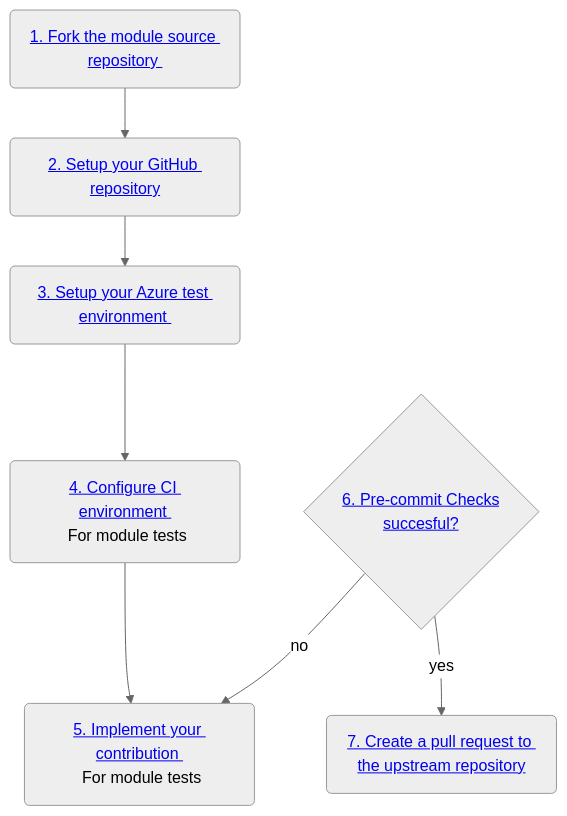
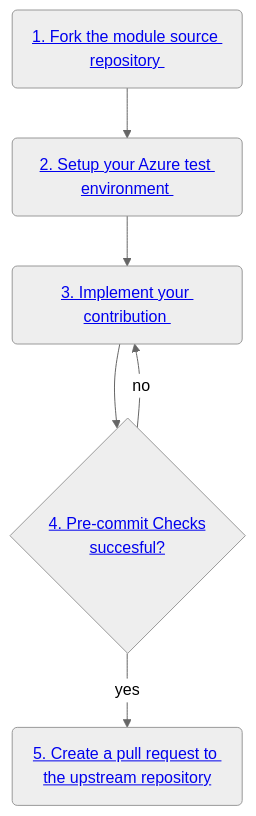
Before and after one commit to Azure/Azure-Verified-Modules: the first of 2 diagrams in docs/content/contributing/terraform/terraform-contribution-flow/_index.md, drawn with Mermaid (neutral theme). The commit also changed other lines of this file and 3 other files, not shown here.

```diff
--- a/docs/content/contributing/terraform/terraform-contribution-flow/_index.md
+++ b/docs/content/contributing/terraform/terraform-contribution-flow/_index.md
@@ -12,16 +12,13 @@
 {{< mermaid class="text-center" >}}
 flowchart TD
 A(<a href='/Azure-Verified-Modules/contributing/terraform/terraform-contribution-flow/#1-fork-the-module-source-repository'>1. Fork the module source repository </a>)
-B(<a href='/Azure-Verified-Modules/contributing/terraform/terraform-contribution-flow/#2-setup-your-github-repository'>2. Setup your GitHub repository</a>)
-C(<a href='/Azure-Verified-Modules/contributing/terraform/terraform-contribution-flow/#3-setup-your-azure-test-environment'>3. Setup your Azure test environment </a>)
-D(<a href='/Azure-Verified-Modules/contributing/terraform/terraform-contribution-flow/#4-configure-your-ci-environment'>4. Configure CI environment </a><br> For module tests)
-E(<a href='/Azure-Verified-Modules/contributing/terraform/terraform-contribution-flow/#5-implement-your-contribution'>5. Implement your contribution </a><br> For module tests)
-F{<a href='/Azure-Verified-Modules/contributing/terraform/terraform-contribution-flow/#6-run-pre-commit-checks'>6. Pre-commit Checks <br> succesful?</a>}
-G(<a href='/Azure-Verified-Modules/contributing/terraform/terraform-contribution-flow/#7-create-a-pull-request-to-the-upstream-repository'>7. Create a pull request to the upstream repository</a>)
+B(<a href='/Azure-Verified-Modules/contributing/terraform/terraform-contribution-flow/#3-setup-your-azure-test-environment'>2. Setup your Azure test environment </a>)
+C(<a href='/Azure-Verified-Modules/contributing/terraform/terraform-contribution-flow/#5-implement-your-contribution'>3. Implement your contribution </a>)
+D{<a href='/Azure-Verified-Modules/contributing/terraform/terraform-contribution-flow/#6-run-pre-commit-checks'>4. Pre-commit Checks <br> succesful?</a>}
+E(<a href='/Azure-Verified-Modules/contributing/terraform/terraform-contribution-flow/#7-create-a-pull-request-to-the-upstream-repository'>5. Create a pull request to the upstream repository</a>)
 A --> B
 B --> C
 C --> D
-D --> E
-F -->|yes|G
-F -->|no|E
+D -->|yes|E
+D -->|no|C
 {{< /mermaid >}}
```
